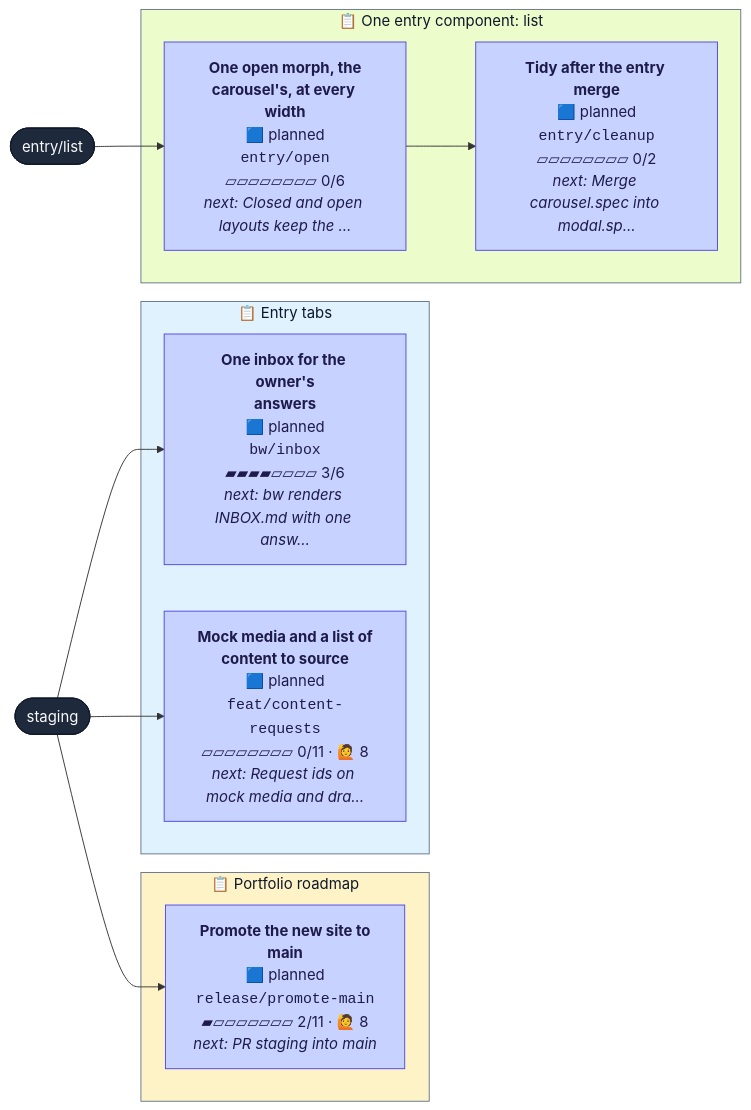
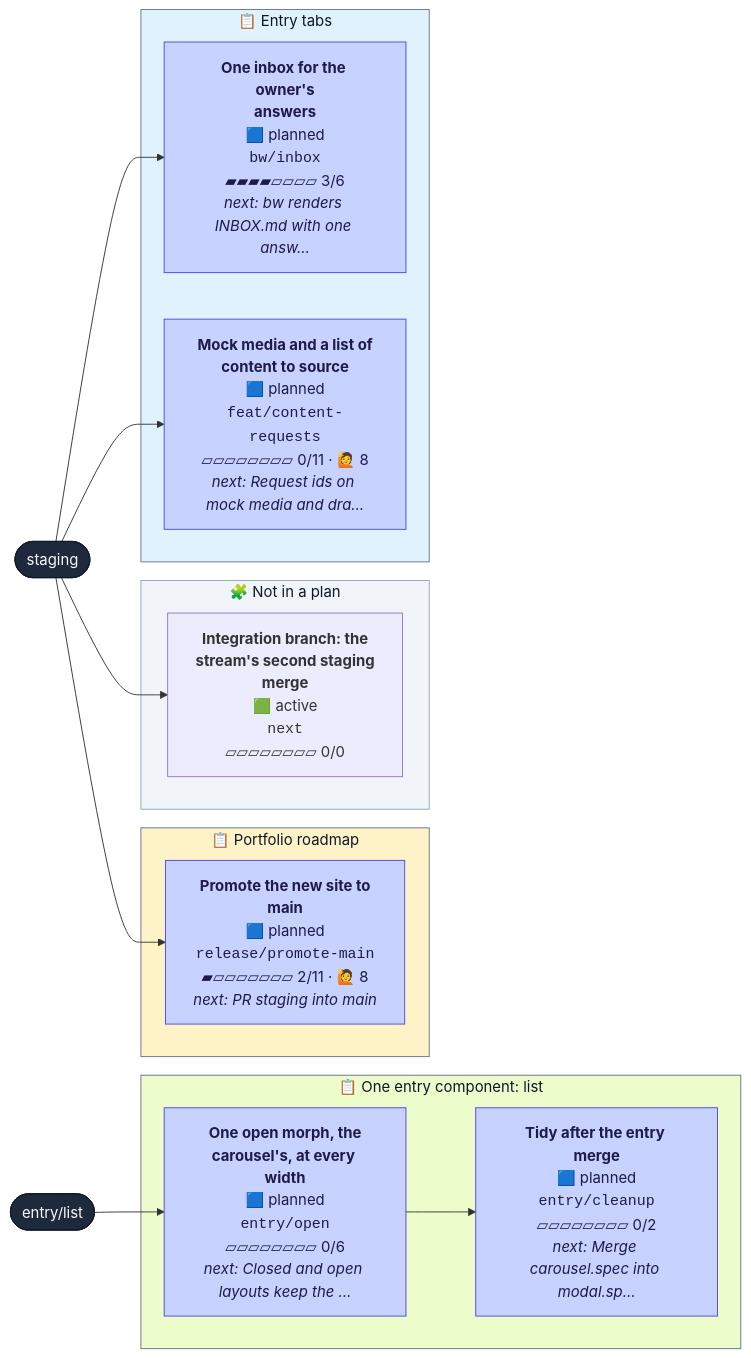
One commit to henryjonescodes/portfolio changed the diagram in CONTRIBUTING.md. Above: the diagram before and after it, drawn with Mermaid. The commit also changed other lines of this file, not shown here.

````diff
--- a/CONTRIBUTING.md
+++ b/CONTRIBUTING.md
@@ -17,37 +17,43 @@
 ```mermaid
 flowchart LR
   n_staging([staging])
   class n_staging trunk
   n_entry_list([entry/list])
   class n_entry_list trunk
   subgraph plan_0["📋 Entry tabs"]
     n_bw_inbox["<b>One inbox for the owner's<br/>answers</b><br/>🟦 planned<br/><code>bw/inbox</code><br/>▰▰▰▰▱▱▱▱ 3/6<br/><i>next: bw renders INBOX.md with one answ…</i>"]
     class n_bw_inbox planned
     n_feat_content_requests["<b>Mock media and a list of<br/>content to source</b><br/>🟦 planned<br/><code>feat/content-requests</code><br/>▱▱▱▱▱▱▱▱ 0/11 · 🙋 8<br/><i>next: Request ids on mock media and dra…</i>"]
     class n_feat_content_requests planned
   end
   style plan_0 fill:#e0f2fe,stroke:#64748b,color:#0f172a
   subgraph plan_2["📋 One entry component: list"]
     n_entry_cleanup["<b>Tidy after the entry merge</b><br/>🟦 planned<br/><code>entry/cleanup</code><br/>▱▱▱▱▱▱▱▱ 0/2<br/><i>next: Merge carousel.spec into modal.sp…</i>"]
     class n_entry_cleanup planned
     n_entry_open["<b>One open morph, the<br/>carousel's, at every width</b><br/>🟦 planned<br/><code>entry/open</code><br/>▱▱▱▱▱▱▱▱ 0/6<br/><i>next: Closed and open layouts keep the …</i>"]
     class n_entry_open planned
   end
   style plan_2 fill:#ecfccb,stroke:#64748b,color:#0f172a
   subgraph plan_3["📋 Portfolio roadmap"]
     n_release_promote_main["<b>Promote the new site to<br/>main</b><br/>🟦 planned<br/><code>release/promote-main</code><br/>▰▱▱▱▱▱▱▱ 2/11 · 🙋 8<br/><i>next: PR staging into main</i>"]
     class n_release_promote_main planned
   end
   style plan_3 fill:#fef3c7,stroke:#64748b,color:#0f172a
+  subgraph loose["🧩 Not in a plan"]
+    n_next["<b>Integration branch: the<br/>stream's second staging<br/>merge</b><br/>🟩 active<br/><code>next</code><br/>▱▱▱▱▱▱▱▱ 0/0"]
+    class n_next active,current
+  end
+  style loose fill:#f1f5f9,stroke:#94a3b8,color:#0f172a
   n_staging --> n_bw_inbox
   n_entry_open --> n_entry_cleanup
   n_entry_list --> n_entry_open
   n_staging --> n_feat_content_requests
+  n_staging --> n_next
   n_staging --> n_release_promote_main
   classDef planned fill:#c7d2fe,stroke:#4f46e5,color:#1e1b4b
   classDef active fill:#bbf7d0,stroke:#16a34a,stroke-width:3px,color:#052e16
   classDef review fill:#fde68a,stroke:#d97706,stroke-width:3px,color:#451a03
   classDef blocked fill:#fecaca,stroke:#dc2626,stroke-width:3px,color:#450a0a
   classDef trunk fill:#1e293b,stroke:#0f172a,color:#f8fafc
   classDef current stroke:#0ea5e9,stroke-width:5px
 ```
````
